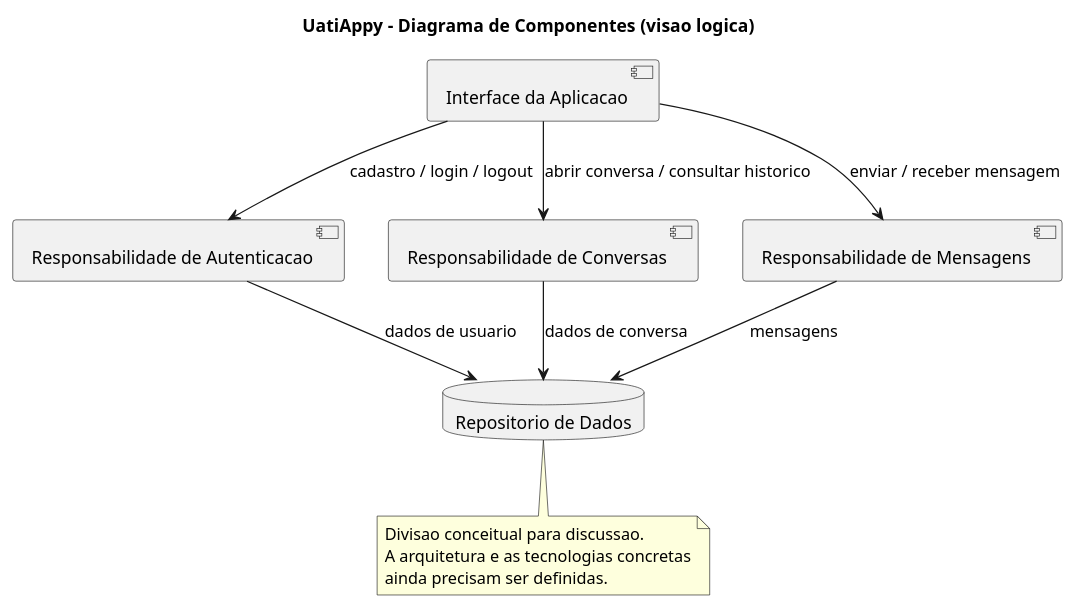
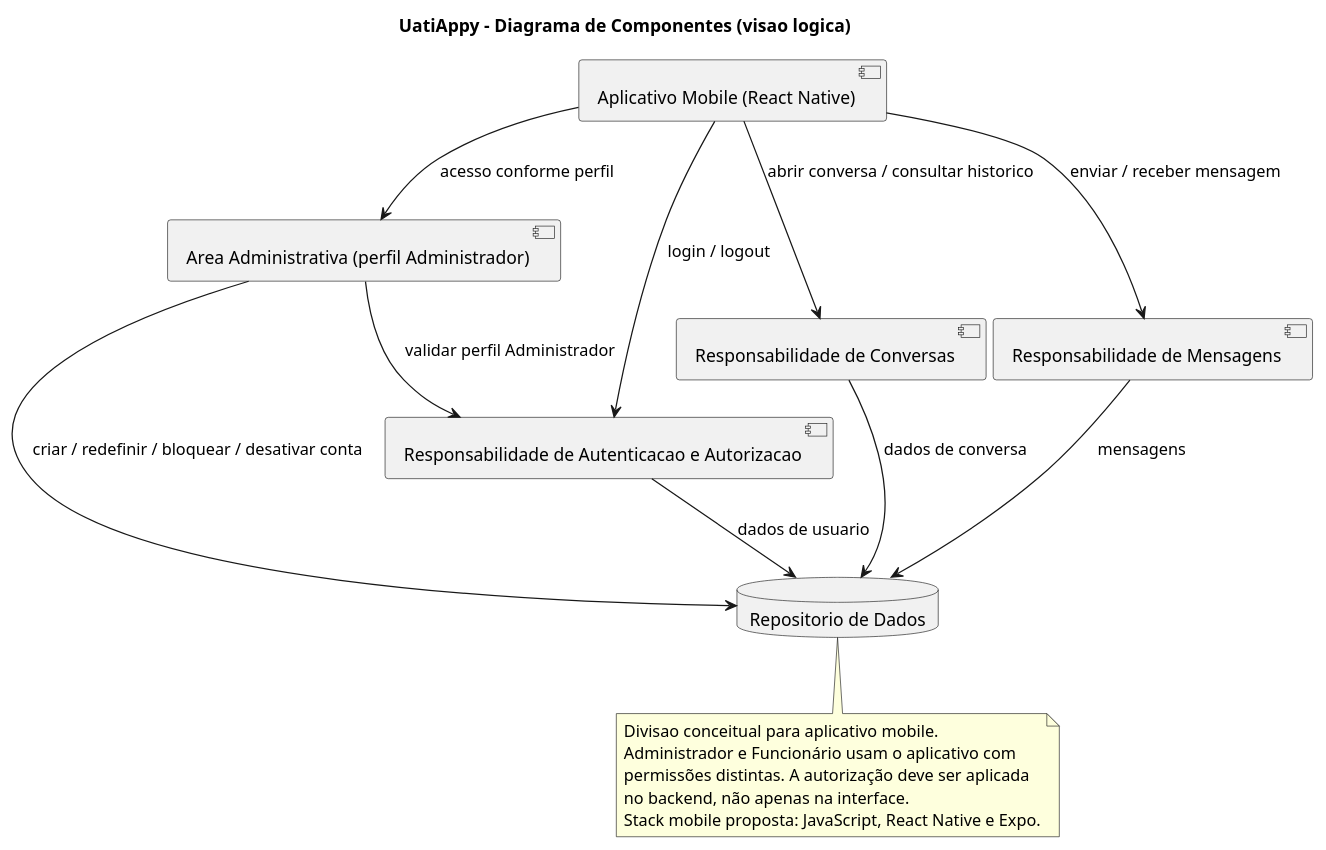
The second of 10 diagrams in Docs/requisitos/escopo-mvp.md (daviwanziler/uatiappy-vdois), drawn with PlantUML before and after one commit. The commit also changed other lines of this file and 3 other files, not shown here.

First line of the commit message:
docs: atualizar acesso administrativo e arquitetura mobile

````diff
--- a/Docs/requisitos/escopo-mvp.md
+++ b/Docs/requisitos/escopo-mvp.md
@@ -218,24 +275,30 @@
 ```plantuml
 @startuml
 title UatiAppy - Diagrama de Componentes (visao logica)
 
-component "Interface da Aplicacao" as UI
-component "Responsabilidade de Autenticacao" as AUTH
+component "Aplicativo Mobile (React Native)" as UI
+component "Area Administrativa (perfil Administrador)" as ADMINUI
+component "Responsabilidade de Autenticacao e Autorizacao" as AUTH
 component "Responsabilidade de Conversas" as CONV
 component "Responsabilidade de Mensagens" as MSG
 database "Repositorio de Dados" as DATA
 
-UI --> AUTH : cadastro / login / logout
+UI --> AUTH : login / logout
+UI --> ADMINUI : acesso conforme perfil
+ADMINUI --> AUTH : validar perfil Administrador
+ADMINUI --> DATA : criar / redefinir / bloquear / desativar conta
 UI --> CONV : abrir conversa / consultar historico
 UI --> MSG : enviar / receber mensagem
 AUTH --> DATA : dados de usuario
 CONV --> DATA : dados de conversa
 MSG --> DATA : mensagens
 
 note bottom
-  Divisao conceitual para discussao.
-  A arquitetura e as tecnologias concretas
-  ainda precisam ser definidas.
+  Divisao conceitual para aplicativo mobile.
+  Administrador e Funcionário usam o aplicativo com
+  permissões distintas. A autorização deve ser aplicada
+  no backend, não apenas na interface.
+  Stack mobile proposta: JavaScript, React Native e Expo.
 end note
 @enduml
 ```
````
